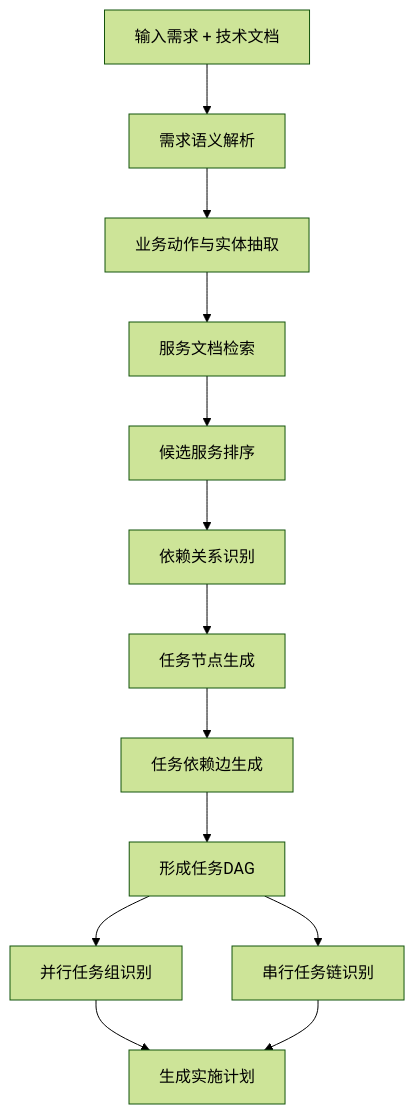
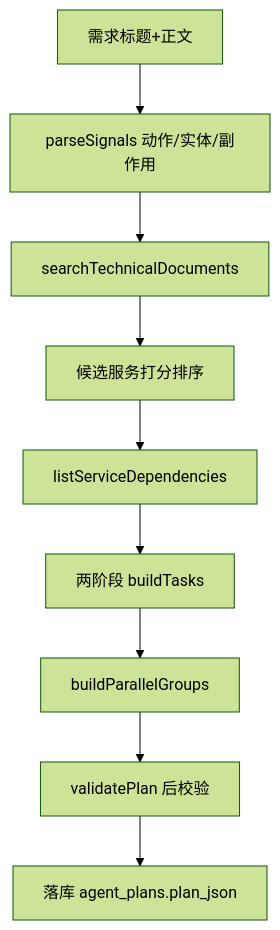
The third of 3 diagrams in docs/AI架构设计.md (farhub-wq/AI-), drawn with Mermaid (forest theme) before and after one commit. The commit also changed other lines of this file and 5 other files, not shown here.

````diff
--- a/docs/AI架构设计.md
+++ b/docs/AI架构设计.md
@@ -160,15 +118,11 @@
 ```mermaid
 flowchart TD
-    A[输入需求 + 技术文档] --> B[需求语义解析]
-    B --> C[业务动作与实体抽取]
-    C --> D[服务文档检索]
-    D --> E[候选服务排序]
-    E --> F[依赖关系识别]
-    F --> G[任务节点生成]
-    G --> H[任务依赖边生成]
-    H --> I[形成任务DAG]
-    I --> J[并行任务组识别]
-    I --> K[串行任务链识别]
-    J --> L[生成实施计划]
-    K --> L
+    A[需求标题+正文] --> B[parseSignals 动作/实体/副作用]
+    B --> C[searchTechnicalDocuments]
+    C --> D[候选服务打分排序]
+    D --> E[listServiceDependencies]
+    E --> F[两阶段 buildTasks]
+    F --> G[buildParallelGroups]
+    G --> H[validatePlan 后校验]
+    H --> I[落库 agent_plans.plan_json]
 ```
````
